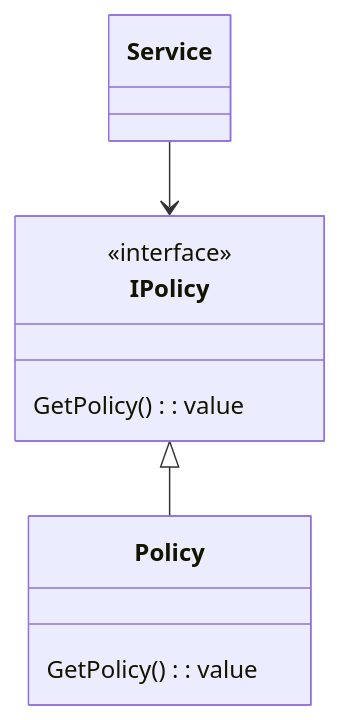
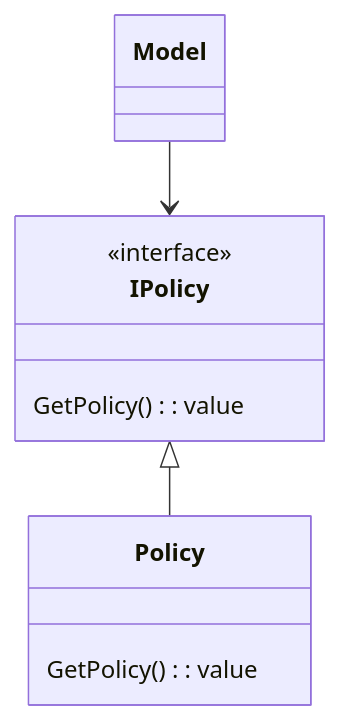
The second of 5 diagrams in _Doc/GamePlayDoc.md (HyunWoo-Jo/ProjectHS), drawn with Mermaid before and after one commit. The commit also changed other lines of this file, not shown here.

````diff
--- a/_Doc/GamePlayDoc.md
+++ b/_Doc/GamePlayDoc.md
@@ -44,12 +44,12 @@
 ```mermaid
 classDiagram
 class IPolicy {
     <<interface>>
     GetPolicy() : value
 }
 class Policy{
     GetPolicy() : value
 }
 IPolicy <|-- Policy
-Service --> IPolicy
+Model --> IPolicy
 ```
````
